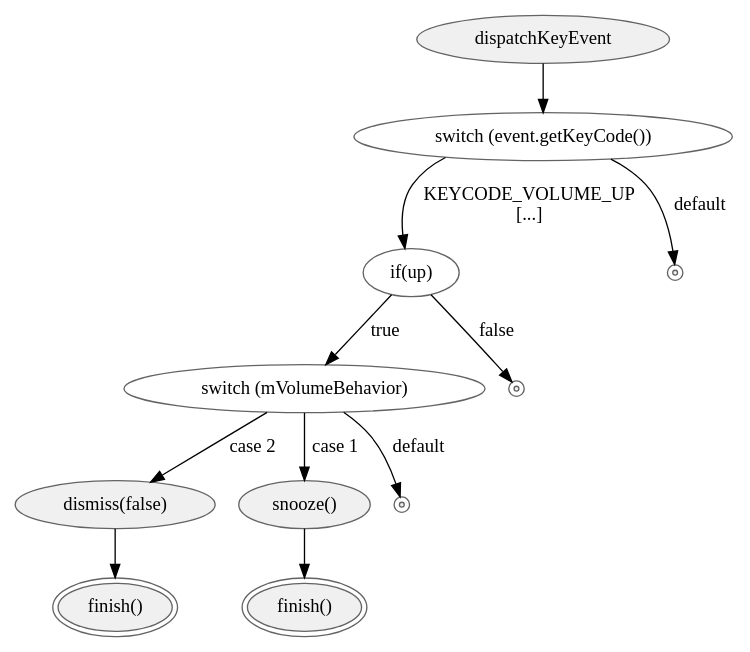
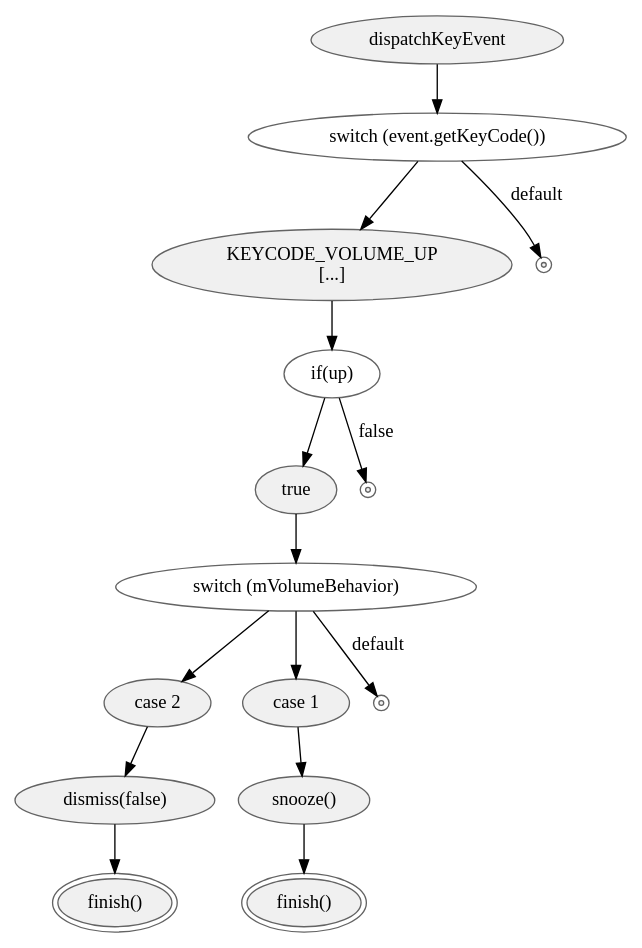
One commit to hans89/astparser changed the diagram in graphviz/AlarmClock-AAFS.dispatchKeyEvent.gv. Above: the diagram before and after it, drawn with Graphviz. The commit also changed 9 other files, not shown here.

```diff
--- a/graphviz/AlarmClock-AAFS.dispatchKeyEvent.gv
+++ b/graphviz/AlarmClock-AAFS.dispatchKeyEvent.gv
@@ -1,33 +1,43 @@
 digraph {
 rankdir = TB;
 fontname="Helvetica";
 node[style="filled,solid", colorscheme=greys3, fillcolor=1, color=3];
 
 dispatchKeyEvent;
 switchKeyCode[style="solid",label="switch (event.getKeyCode())"];
 ifup[style="solid", label="if(up)"];
 switchvBehavior[style="solid", label="switch (mVolumeBehavior)"];
 dismiss[label="dismiss(false)"];
 snooze[label="snooze()"];
 finish1[label="finish()",peripheries=2];
 finish2[label="finish()",peripheries=2];
 
+branch1SwitchKey[label="KEYCODE_VOLUME_UP
+\[...\]"];
+
+ifupThen[label="true"];
+
+switchCase2Beh[label="case 2"];
+switchCase1Beh[label="case 1"];
 subgraph {
 	node[shape=point,style="solid",peripheries=2];
 	t1;
 	t2;
 	t3
 }
 
 dispatchKeyEvent -> switchKeyCode;
-switchKeyCode -> ifup [label="KEYCODE_VOLUME_UP
-\[...\]"];
+switchKeyCode -> branch1SwitchKey;
+branch1SwitchKey -> ifup;
 switchKeyCode -> t1[label="default"];
-ifup -> switchvBehavior[label="true"];
+ifup -> ifupThen;
+ifupThen -> switchvBehavior[];
 ifup -> t2[label="false"];
-switchvBehavior -> dismiss[label="case 2"];
-switchvBehavior -> snooze[label="case 1"];
+switchvBehavior -> switchCase2Beh;
+switchCase2Beh -> dismiss;
+switchvBehavior -> switchCase1Beh;
+switchCase1Beh -> snooze;
 switchvBehavior -> t3[label="default"];
 dismiss -> finish1;
 snooze -> finish2;
 }
```
